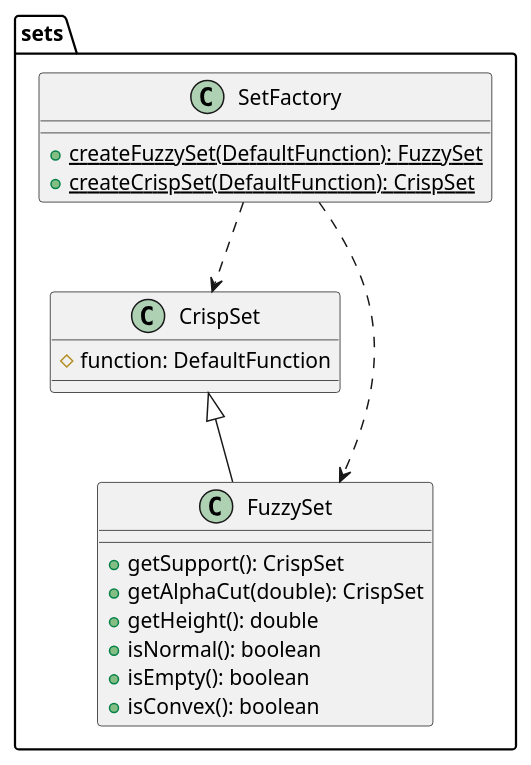
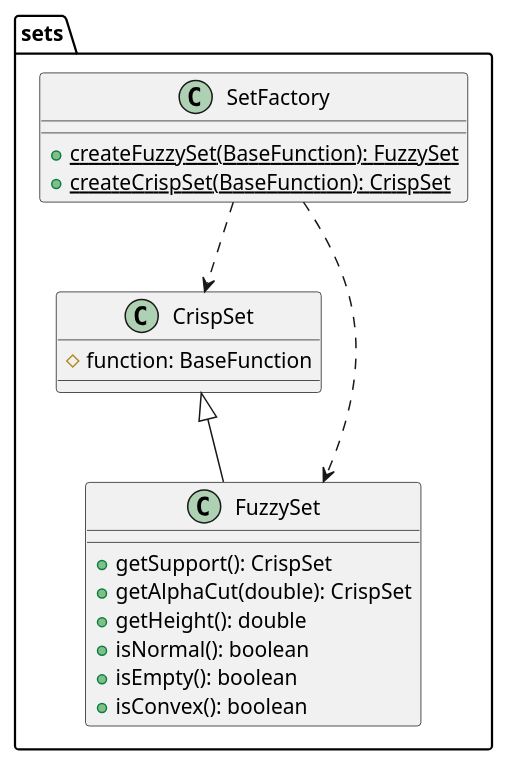
Before and after one commit to kambed/Computer-Recognition-Systems: the fourth of 6 diagrams in task2/README.md, drawn with PlantUML.

Commit message:
Replace Default with Base function

````diff
--- a/task2/README.md
+++ b/task2/README.md
@@ -120,21 +120,21 @@
 ```plantuml
 package sets {
     class CrispSet {
-        # function: DefaultFunction
+        # function: BaseFunction
     }
     class FuzzySet extends CrispSet {
         + getSupport(): CrispSet
         + getAlphaCut(double): CrispSet
         + getHeight(): double
         + isNormal(): boolean
         + isEmpty(): boolean
         + isConvex(): boolean
     }
     class SetFactory {
-        + {static} createFuzzySet(DefaultFunction): FuzzySet
-        + {static} createCrispSet(DefaultFunction): CrispSet
+        + {static} createFuzzySet(BaseFunction): FuzzySet
+        + {static} createCrispSet(BaseFunction): CrispSet
     }
     SetFactory ..> FuzzySet
     SetFactory ..> CrispSet
 }
 ```
````
